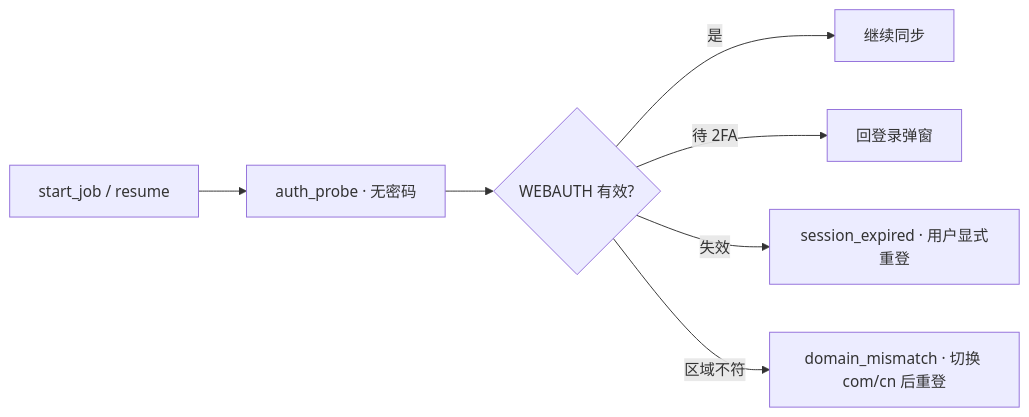
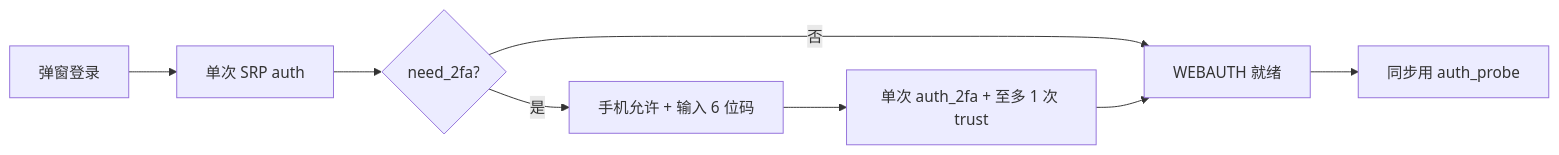
The first of 3 diagrams in apps/admin/src/components/IcloudSyncAuthModal/loginFlow.md (cz6c/ll-admin), drawn with Mermaid before and after one commit. The commit also changed other lines of this file and 62 other files, not shown here.

````diff
--- a/apps/admin/src/components/IcloudSyncAuthModal/loginFlow.md
+++ b/apps/admin/src/components/IcloudSyncAuthModal/loginFlow.md
@@ -219,9 +15,10 @@
 ```mermaid
 flowchart LR
-  A[start_job / resume] --> B[auth_probe · 无密码]
-  B --> C{WEBAUTH 有效?}
-  C -->|是| D[继续同步]
-  C -->|待 2FA| E[回登录弹窗]
-  C -->|失效| F[session_expired · 用户显式重登]
-  C -->|区域不符| G[domain_mismatch · 切换 com/cn 后重登]
+  A[弹窗登录] --> B[单次 SRP auth]
+  B --> C{need_2fa?}
+  C -->|否| D[WEBAUTH 就绪]
+  C -->|是| E[手机允许 + 输入 6 位码]
+  E --> F[单次 auth_2fa + 至多 1 次 trust]
+  F --> D
+  D --> G[同步用 auth_probe]
 ```
````
